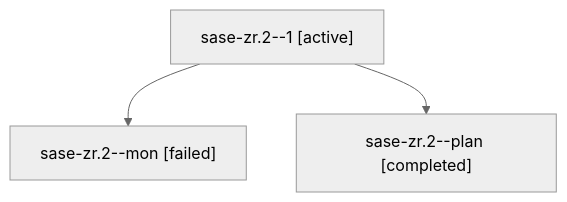
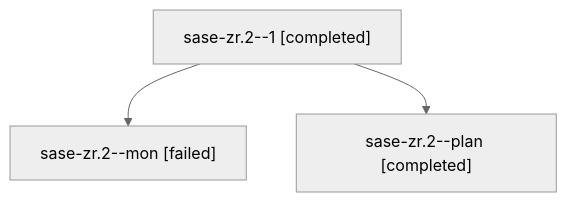
The diagram in families/bbugyi200.apollo.sase-zr.2.md (sase-org/sase--agents), drawn with Mermaid (neutral theme) before and after one commit. The commit also changed other lines of this file and 29 other files, not shown here.

````diff
--- a/families/bbugyi200.apollo.sase-zr.2.md
+++ b/families/bbugyi200.apollo.sase-zr.2.md
@@ -9,8 +9,8 @@
 ```mermaid
 flowchart TD
-  n0["sase-zr.2--1 [active]"]
+  n0["sase-zr.2--1 [completed]"]
   n1["sase-zr.2--mon [failed]"]
   n0 --> n1
   n2["sase-zr.2--plan [completed]"]
   n0 --> n2
 ```
````
